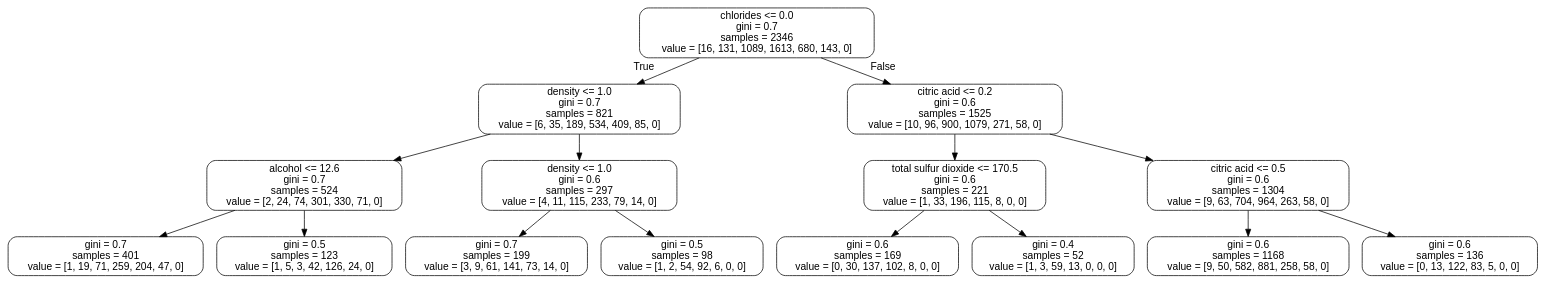
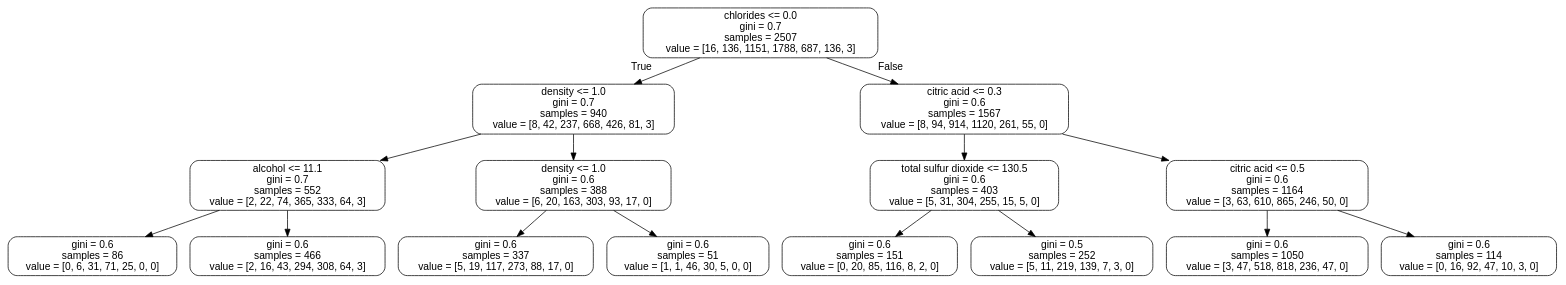
One commit to rlleshi/MachineLearning changed the diagram in Wine Quality Predictor/images/mini_tree.dot. Above: the diagram before and after it, drawn with Graphviz. The commit also changed 5 other files, not shown here.

```diff
--- a/Wine Quality Predictor/images/mini_tree.dot
+++ b/Wine Quality Predictor/images/mini_tree.dot
@@ -1,33 +1,33 @@
 digraph Tree {
 node [shape=box, style="rounded", color="black", fontname=helvetica] ;
 edge [fontname=helvetica] ;
-0 [label="chlorides <= 0.0\ngini = 0.7\nsamples = 2346\nvalue = [16, 131, 1089, 1613, 680, 143, 0]"] ;
-1 [label="density <= 1.0\ngini = 0.7\nsamples = 821\nvalue = [6, 35, 189, 534, 409, 85, 0]"] ;
+0 [label="chlorides <= 0.0\ngini = 0.7\nsamples = 2507\nvalue = [16, 136, 1151, 1788, 687, 136, 3]"] ;
+1 [label="density <= 1.0\ngini = 0.7\nsamples = 940\nvalue = [8, 42, 237, 668, 426, 81, 3]"] ;
 0 -> 1 [labeldistance=2.5, labelangle=45, headlabel="True"] ;
-2 [label="alcohol <= 12.6\ngini = 0.7\nsamples = 524\nvalue = [2, 24, 74, 301, 330, 71, 0]"] ;
+2 [label="alcohol <= 11.1\ngini = 0.7\nsamples = 552\nvalue = [2, 22, 74, 365, 333, 64, 3]"] ;
 1 -> 2 ;
-3 [label="gini = 0.7\nsamples = 401\nvalue = [1, 19, 71, 259, 204, 47, 0]"] ;
+3 [label="gini = 0.6\nsamples = 86\nvalue = [0, 6, 31, 71, 25, 0, 0]"] ;
 2 -> 3 ;
-4 [label="gini = 0.5\nsamples = 123\nvalue = [1, 5, 3, 42, 126, 24, 0]"] ;
+4 [label="gini = 0.6\nsamples = 466\nvalue = [2, 16, 43, 294, 308, 64, 3]"] ;
 2 -> 4 ;
-5 [label="density <= 1.0\ngini = 0.6\nsamples = 297\nvalue = [4, 11, 115, 233, 79, 14, 0]"] ;
+5 [label="density <= 1.0\ngini = 0.6\nsamples = 388\nvalue = [6, 20, 163, 303, 93, 17, 0]"] ;
 1 -> 5 ;
-6 [label="gini = 0.7\nsamples = 199\nvalue = [3, 9, 61, 141, 73, 14, 0]"] ;
+6 [label="gini = 0.6\nsamples = 337\nvalue = [5, 19, 117, 273, 88, 17, 0]"] ;
 5 -> 6 ;
-7 [label="gini = 0.5\nsamples = 98\nvalue = [1, 2, 54, 92, 6, 0, 0]"] ;
+7 [label="gini = 0.6\nsamples = 51\nvalue = [1, 1, 46, 30, 5, 0, 0]"] ;
 5 -> 7 ;
-8 [label="citric acid <= 0.2\ngini = 0.6\nsamples = 1525\nvalue = [10, 96, 900, 1079, 271, 58, 0]"] ;
+8 [label="citric acid <= 0.3\ngini = 0.6\nsamples = 1567\nvalue = [8, 94, 914, 1120, 261, 55, 0]"] ;
 0 -> 8 [labeldistance=2.5, labelangle=-45, headlabel="False"] ;
-9 [label="total sulfur dioxide <= 170.5\ngini = 0.6\nsamples = 221\nvalue = [1, 33, 196, 115, 8, 0, 0]"] ;
+9 [label="total sulfur dioxide <= 130.5\ngini = 0.6\nsamples = 403\nvalue = [5, 31, 304, 255, 15, 5, 0]"] ;
 8 -> 9 ;
-10 [label="gini = 0.6\nsamples = 169\nvalue = [0, 30, 137, 102, 8, 0, 0]"] ;
+10 [label="gini = 0.6\nsamples = 151\nvalue = [0, 20, 85, 116, 8, 2, 0]"] ;
 9 -> 10 ;
-11 [label="gini = 0.4\nsamples = 52\nvalue = [1, 3, 59, 13, 0, 0, 0]"] ;
+11 [label="gini = 0.5\nsamples = 252\nvalue = [5, 11, 219, 139, 7, 3, 0]"] ;
 9 -> 11 ;
-12 [label="citric acid <= 0.5\ngini = 0.6\nsamples = 1304\nvalue = [9, 63, 704, 964, 263, 58, 0]"] ;
+12 [label="citric acid <= 0.5\ngini = 0.6\nsamples = 1164\nvalue = [3, 63, 610, 865, 246, 50, 0]"] ;
 8 -> 12 ;
-13 [label="gini = 0.6\nsamples = 1168\nvalue = [9, 50, 582, 881, 258, 58, 0]"] ;
+13 [label="gini = 0.6\nsamples = 1050\nvalue = [3, 47, 518, 818, 236, 47, 0]"] ;
 12 -> 13 ;
-14 [label="gini = 0.6\nsamples = 136\nvalue = [0, 13, 122, 83, 5, 0, 0]"] ;
+14 [label="gini = 0.6\nsamples = 114\nvalue = [0, 16, 92, 47, 10, 3, 0]"] ;
 12 -> 14 ;
 }
```
